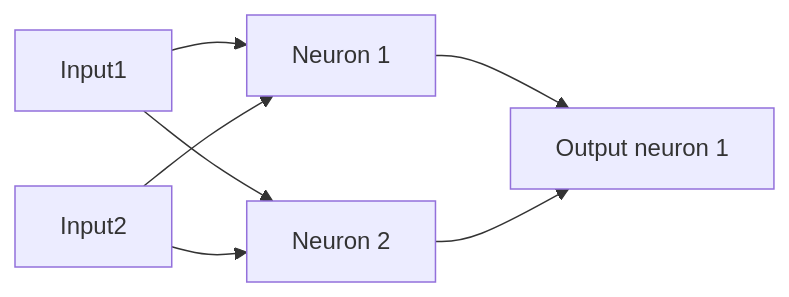
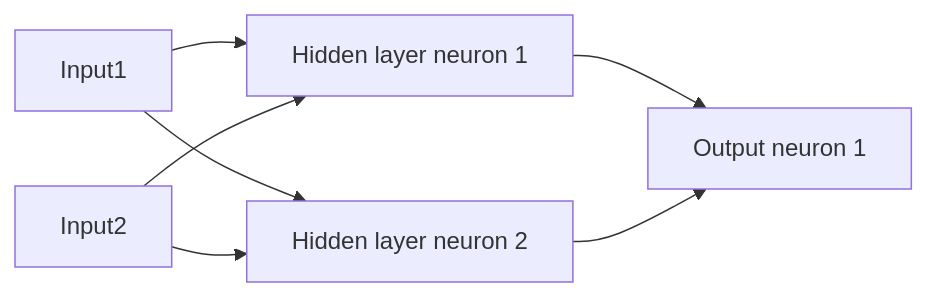
Before and after one commit to vesas/java-nn: the diagram in README.md, drawn with Mermaid.

````diff
--- a/README.md
+++ b/README.md
@@ -30,10 +30,10 @@
 ```mermaid
 graph LR;
 Input1 --> L1_N1[Hidden layer neuron 1]
 Input2 --> L1_N1[Hidden layer neuron 1]
 Input1 --> L1_N2[Hidden layer neuron 2]
 Input2 --> L1_N2[Hidden layer neuron 2]
 
-L1_N1[Neuron 1] --> L2_N1[Output neuron 1]
-L1_N2[Neuron 2] --> L2_N1[Output neuron 1]
+L1_N1[Hidden layer neuron 1] --> L2_N1[Output neuron 1]
+L1_N2[Hidden layer neuron 2] --> L2_N1[Output neuron 1]
 ```
````
